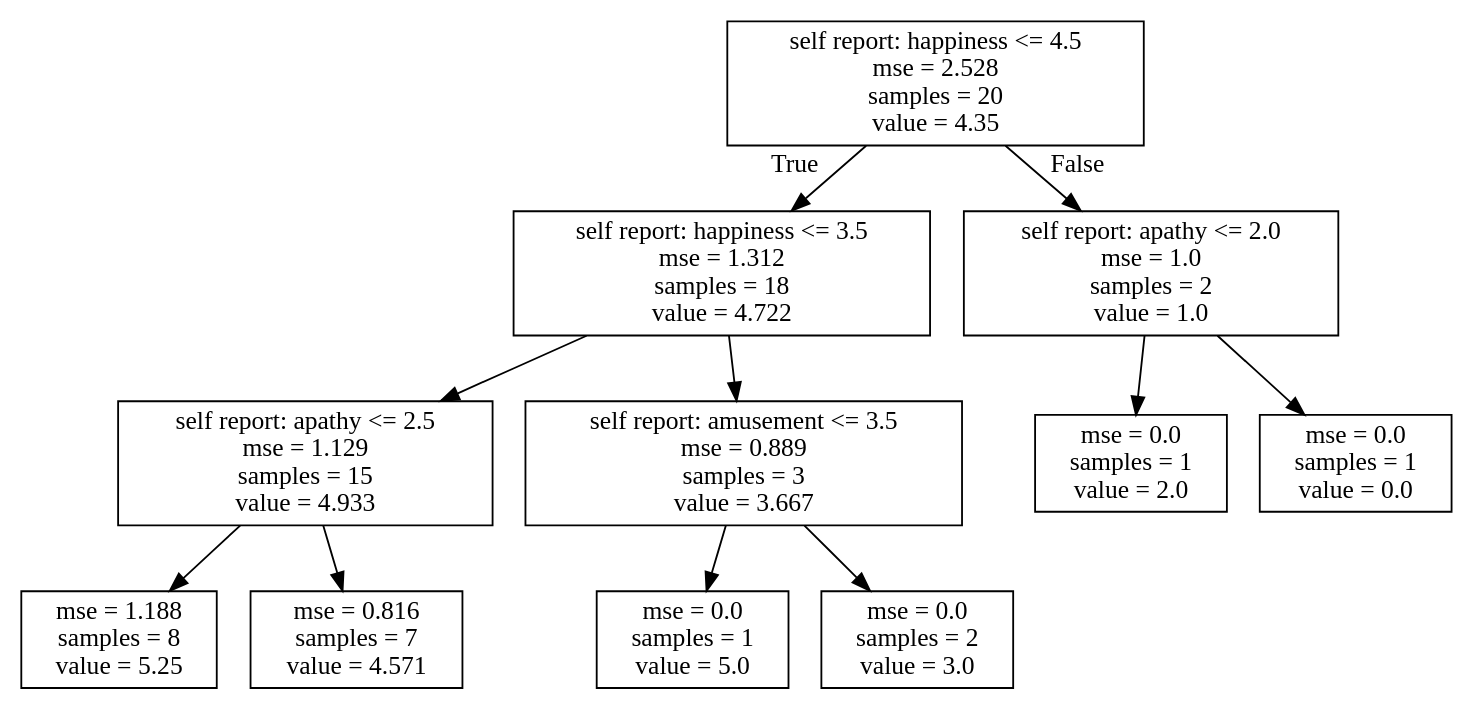
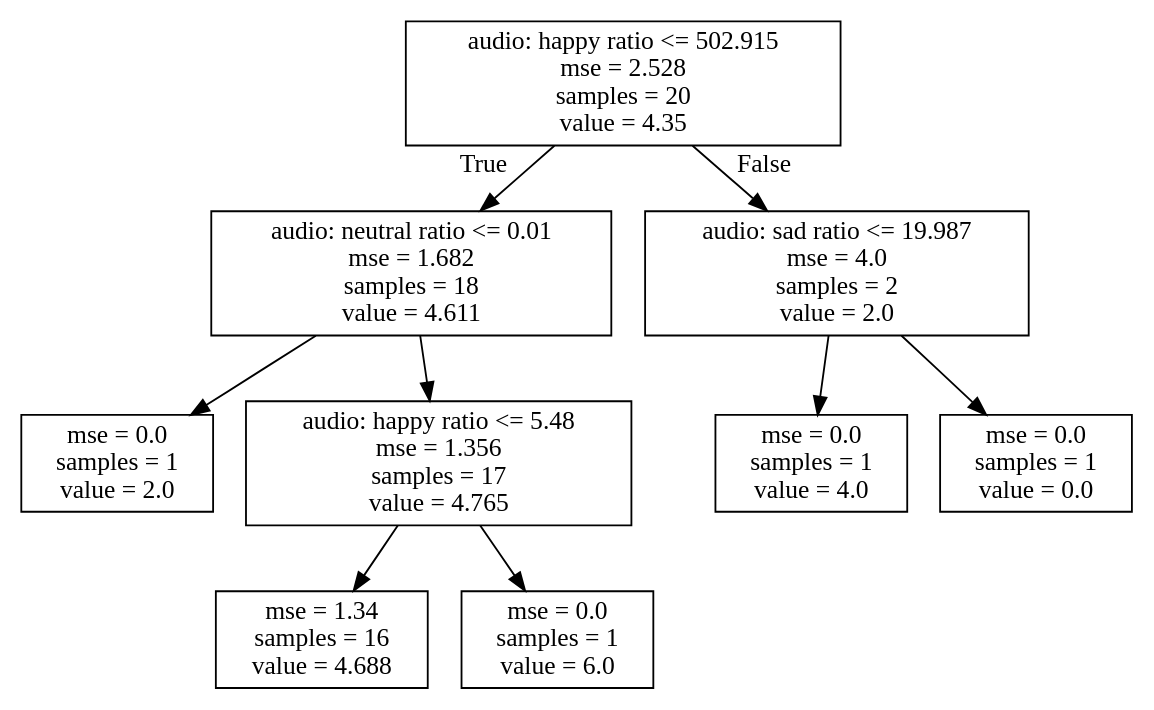
Before and after one commit to orlinle/EPIC_model: the diagram in tree_ult.dot, drawn with Graphviz. The commit also changed 17 other files, not shown here.

Commit message:
SeparateData: added alternative self-report analysis, added plots  PlotResults: plot offer as function of emotion strength

```diff
--- a/tree_ult.dot
+++ b/tree_ult.dot
@@ -1,24 +1,20 @@
 digraph Tree {
 node [shape=box] ;
-0 [label="self report: happiness <= 4.5\nmse = 2.528\nsamples = 20\nvalue = 4.35"] ;
-1 [label="self report: happiness <= 3.5\nmse = 1.312\nsamples = 18\nvalue = 4.722"] ;
+0 [label="audio: happy ratio <= 502.915\nmse = 2.528\nsamples = 20\nvalue = 4.35"] ;
+1 [label="audio: neutral ratio <= 0.01\nmse = 1.682\nsamples = 18\nvalue = 4.611"] ;
 0 -> 1 [labeldistance=2.5, labelangle=45, headlabel="True"] ;
-2 [label="self report: apathy <= 2.5\nmse = 1.129\nsamples = 15\nvalue = 4.933"] ;
+2 [label="mse = 0.0\nsamples = 1\nvalue = 2.0"] ;
 1 -> 2 ;
-3 [label="mse = 1.188\nsamples = 8\nvalue = 5.25"] ;
-2 -> 3 ;
-4 [label="mse = 0.816\nsamples = 7\nvalue = 4.571"] ;
-2 -> 4 ;
-5 [label="self report: amusement <= 3.5\nmse = 0.889\nsamples = 3\nvalue = 3.667"] ;
-1 -> 5 ;
-6 [label="mse = 0.0\nsamples = 1\nvalue = 5.0"] ;
-5 -> 6 ;
-7 [label="mse = 0.0\nsamples = 2\nvalue = 3.0"] ;
-5 -> 7 ;
-8 [label="self report: apathy <= 2.0\nmse = 1.0\nsamples = 2\nvalue = 1.0"] ;
-0 -> 8 [labeldistance=2.5, labelangle=-45, headlabel="False"] ;
-9 [label="mse = 0.0\nsamples = 1\nvalue = 2.0"] ;
-8 -> 9 ;
-10 [label="mse = 0.0\nsamples = 1\nvalue = 0.0"] ;
-8 -> 10 ;
+3 [label="audio: happy ratio <= 5.48\nmse = 1.356\nsamples = 17\nvalue = 4.765"] ;
+1 -> 3 ;
+4 [label="mse = 1.34\nsamples = 16\nvalue = 4.688"] ;
+3 -> 4 ;
+5 [label="mse = 0.0\nsamples = 1\nvalue = 6.0"] ;
+3 -> 5 ;
+6 [label="audio: sad ratio <= 19.987\nmse = 4.0\nsamples = 2\nvalue = 2.0"] ;
+0 -> 6 [labeldistance=2.5, labelangle=-45, headlabel="False"] ;
+7 [label="mse = 0.0\nsamples = 1\nvalue = 4.0"] ;
+6 -> 7 ;
+8 [label="mse = 0.0\nsamples = 1\nvalue = 0.0"] ;
+6 -> 8 ;
 }
```
